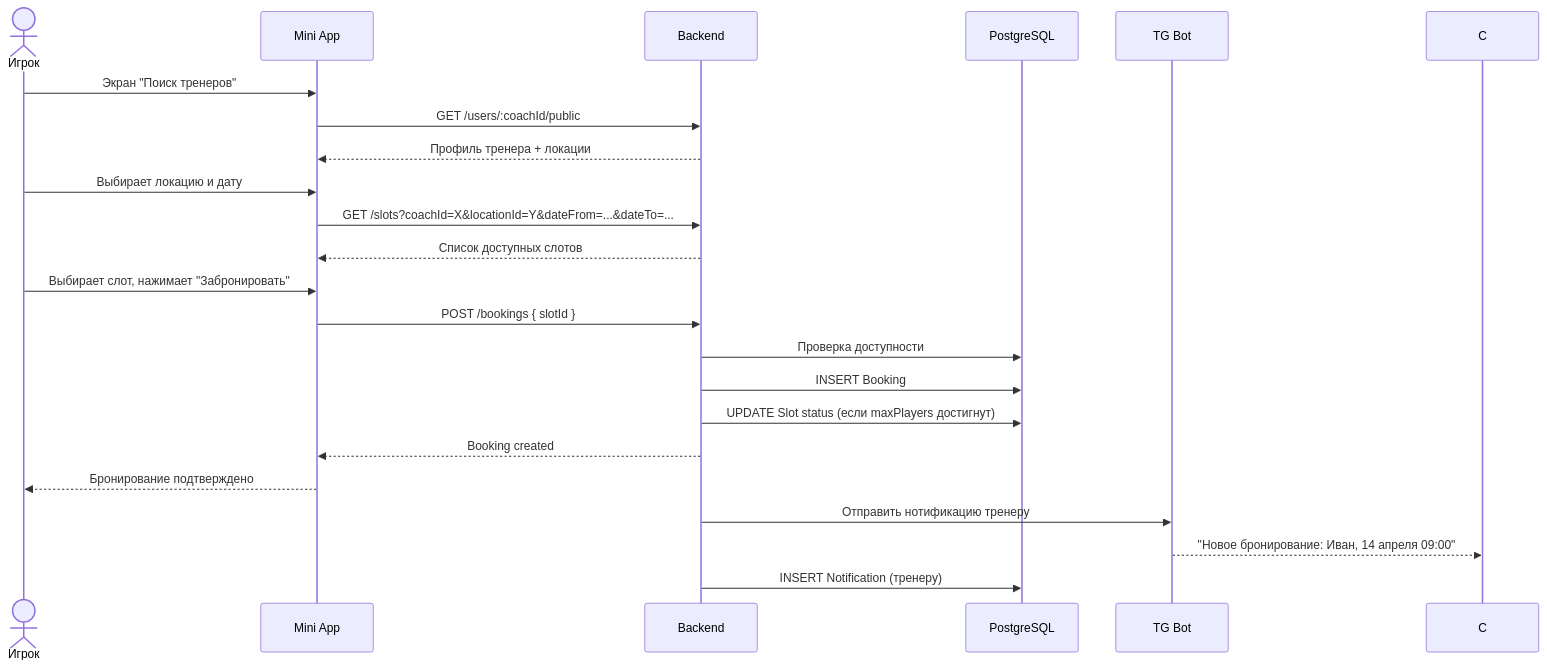
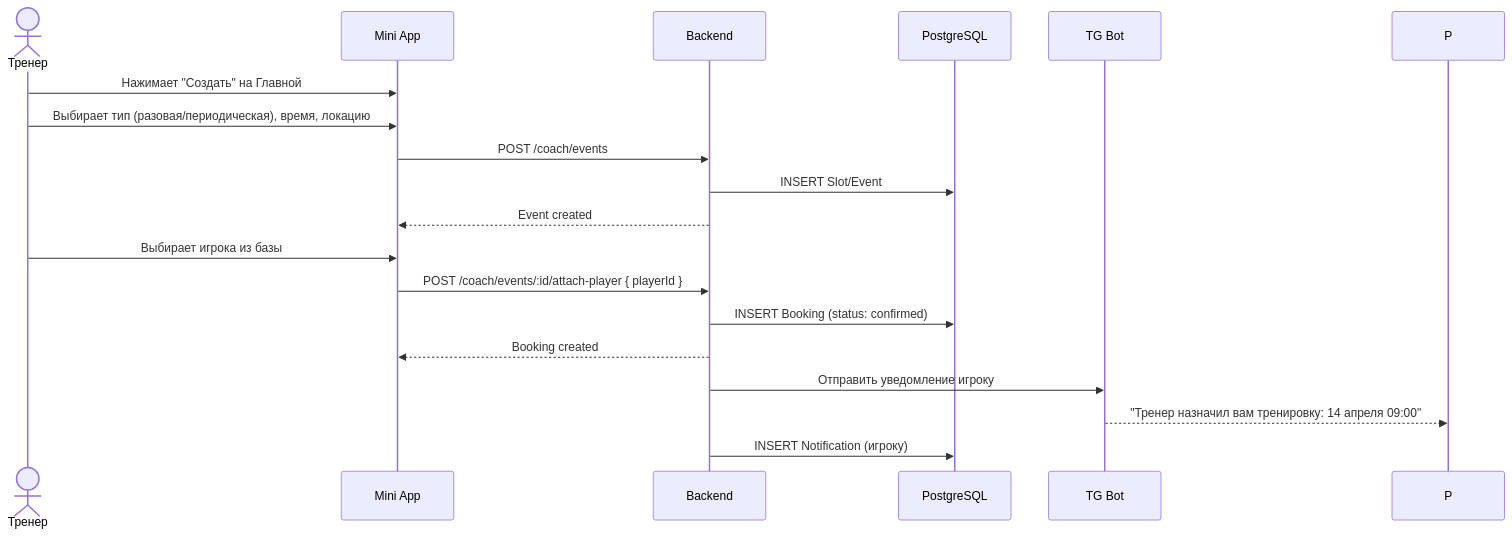
Before and after one commit to maxism/woof-tennis: the third of 11 diagrams in docs/04-user-flows.md, drawn with Mermaid. The commit also changed other lines of this file and 36 other files, not shown here.

````diff
--- a/docs/04-user-flows.md
+++ b/docs/04-user-flows.md
@@ -70,28 +70,23 @@
 ```mermaid
 sequenceDiagram
-    actor P as Игрок
+    actor C as Тренер
     participant MA as Mini App
     participant API as Backend
     participant DB as PostgreSQL
     participant Bot as TG Bot
 
-    P->>MA: Экран "Поиск тренеров"
-    MA->>API: GET /users/:coachId/public
-    API-->>MA: Профиль тренера + локации
+    C->>MA: Нажимает "Создать" на Главной
+    C->>MA: Выбирает тип (разовая/периодическая), время, локацию
+    MA->>API: POST /coach/events
+    API->>DB: INSERT Slot/Event
+    API-->>MA: Event created
 
-    P->>MA: Выбирает локацию и дату
-    MA->>API: GET /slots?coachId=X&locationId=Y&dateFrom=...&dateTo=...
-    API-->>MA: Список доступных слотов
+    C->>MA: Выбирает игрока из базы
+    MA->>API: POST /coach/events/:id/attach-player { playerId }
+    API->>DB: INSERT Booking (status: confirmed)
+    API-->>MA: Booking created
 
-    P->>MA: Выбирает слот, нажимает "Забронировать"
-    MA->>API: POST /bookings { slotId }
-    API->>DB: Проверка доступности
-    API->>DB: INSERT Booking
-    API->>DB: UPDATE Slot status (если maxPlayers достигнут)
-    API-->>MA: Booking created
-    MA-->>P: Бронирование подтверждено
-
-    API->>Bot: Отправить нотификацию тренеру
-    Bot-->>C: "Новое бронирование: Иван, 14 апреля 09:00"
-    API->>DB: INSERT Notification (тренеру)
+    API->>Bot: Отправить уведомление игроку
+    Bot-->>P: "Тренер назначил вам тренировку: 14 апреля 09:00"
+    API->>DB: INSERT Notification (игроку)
 ```
````
